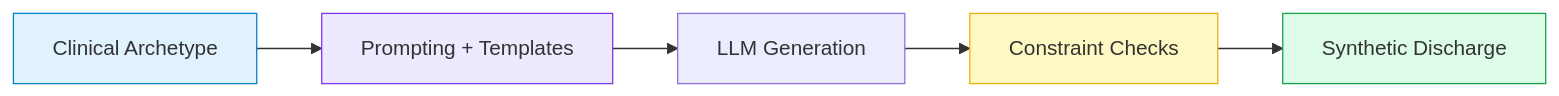
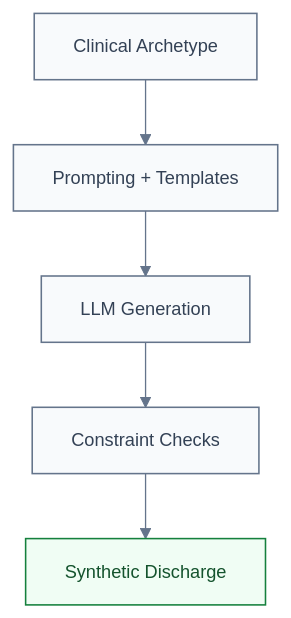
One commit to phiwi/clinical-turing-test changed the second of 3 diagrams in slides.md. Above: the diagram before and after it, drawn with Mermaid. The commit also changed other lines of this file, not shown here.

Commit message:
Update with correct date and mermaid unification.

````diff
--- a/slides.md
+++ b/slides.md
@@ -100,12 +102,15 @@
 ```mermaid
-graph LR
+%%{init: {'theme':'base','themeVariables': {'primaryColor':'#f8fafc','primaryTextColor':'#334155','primaryBorderColor':'#64748b','lineColor':'#64748b','fontSize':'14px'}, 'flowchart': {'curve': 'linear', 'htmlLabels': false}} }%%
+graph TD
   A[Clinical Archetype] --> B[Prompting + Templates]
   B --> C[LLM Generation]
   C --> D[Constraint Checks]
   D --> E[Synthetic Discharge]
 
-  style A fill:#e0f2fe,stroke:#0284c7
-  style B fill:#ede9fe,stroke:#7c3aed
-  style D fill:#fef9c3,stroke:#eab308
-  style E fill:#dcfce7,stroke:#16a34a
+  classDef bad fill:#fef2f2,stroke:#b91c1c,stroke-width:1.2px,color:#7f1d1d;
+  classDef good fill:#f0fdf4,stroke:#15803d,stroke-width:1.2px,color:#14532d;
+  classDef neutral fill:#f8fafc,stroke:#64748b,stroke-width:1.2px,color:#334155;
+
+  class A,B,C,D neutral;
+  class E good;
 ```
````
